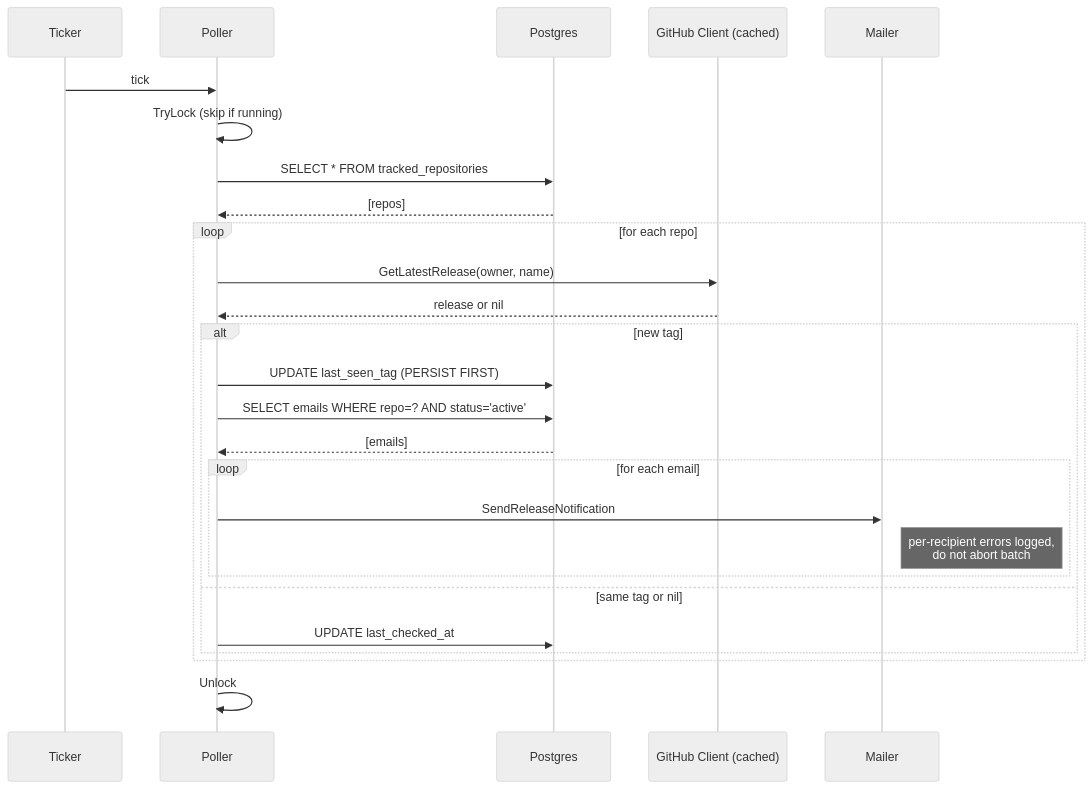
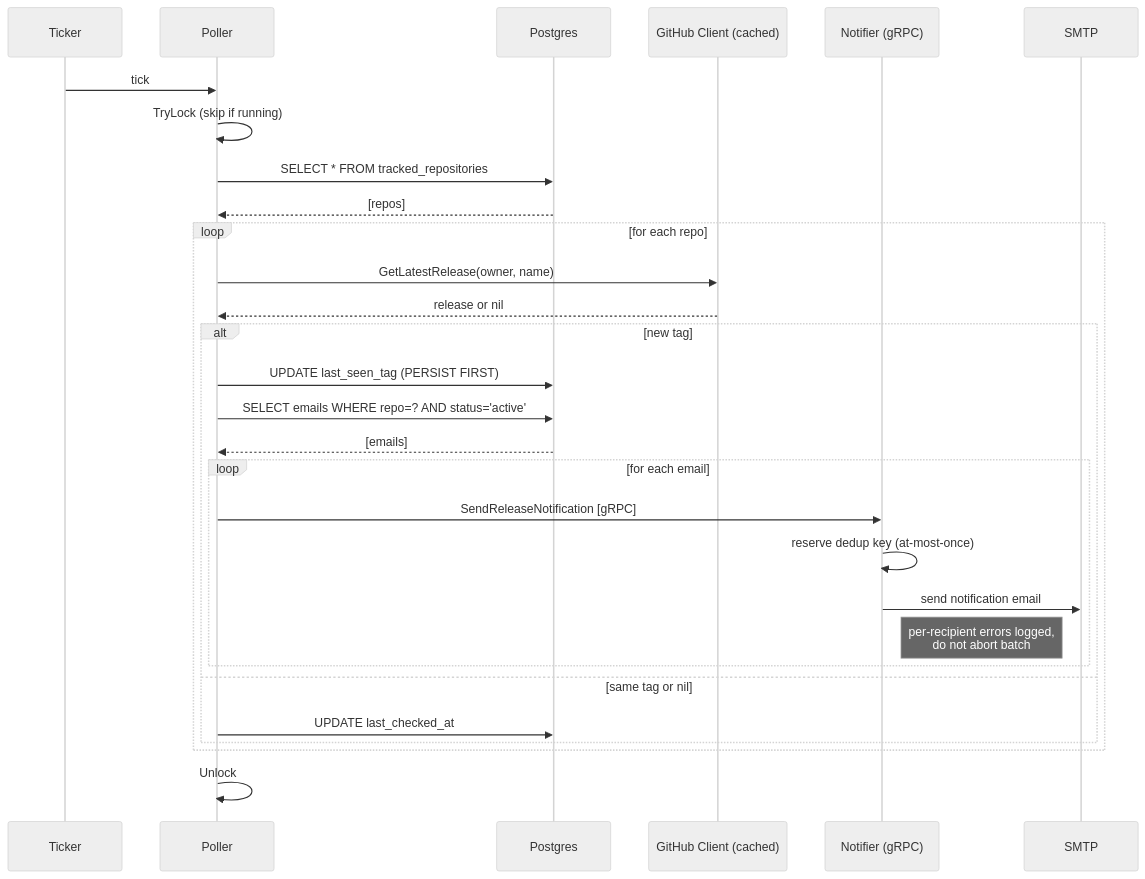
Before and after one commit to GenesisEducationKyiv/software-engineering-school-6-0-mashta-lilia: the fourth of 5 diagrams in docs/system-design.md, drawn with Mermaid (neutral theme). The commit also changed other lines of this file and 71 other files, not shown here.

First line of the commit message:
HW7: Extract notification microservice (modular architecture + gRPC + DB-per-service) (#11)

````diff
--- a/docs/system-design.md
+++ b/docs/system-design.md
@@ -196,29 +223,32 @@
 ```mermaid
 sequenceDiagram
     participant T as Ticker
     participant P as Poller
     participant DB as Postgres
     participant GH as GitHub Client (cached)
-    participant M as Mailer
+    participant N as Notifier (gRPC)
+    participant M as SMTP
 
     T->>P: tick
     P->>P: TryLock (skip if running)
     P->>DB: SELECT * FROM tracked_repositories
     DB-->>P: [repos]
     loop for each repo
         P->>GH: GetLatestRelease(owner, name)
         GH-->>P: release or nil
         alt new tag
             P->>DB: UPDATE last_seen_tag (PERSIST FIRST)
             P->>DB: SELECT emails WHERE repo=? AND status='active'
             DB-->>P: [emails]
             loop for each email
-                P->>M: SendReleaseNotification
-                Note right of M: per-recipient errors logged,<br/>do not abort batch
+                P->>N: SendReleaseNotification  [gRPC]
+                N->>N: reserve dedup key (at-most-once)
+                N->>M: send notification email
+                Note right of N: per-recipient errors logged,<br/>do not abort batch
             end
         else same tag or nil
             P->>DB: UPDATE last_checked_at
         end
     end
     P->>P: Unlock
 ```
````
